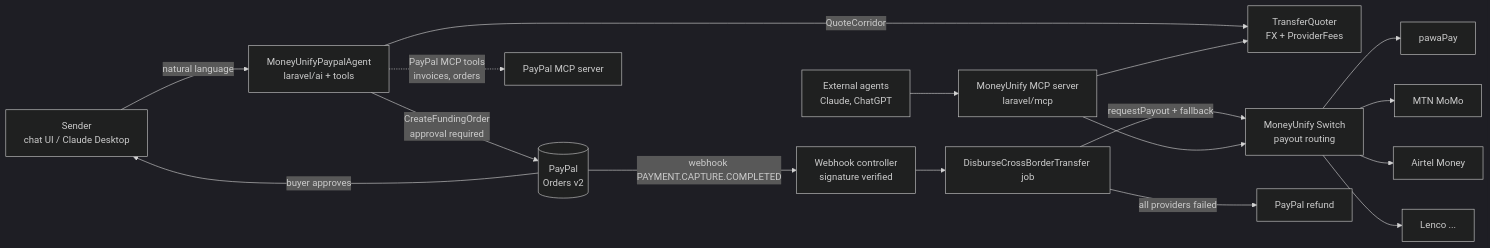
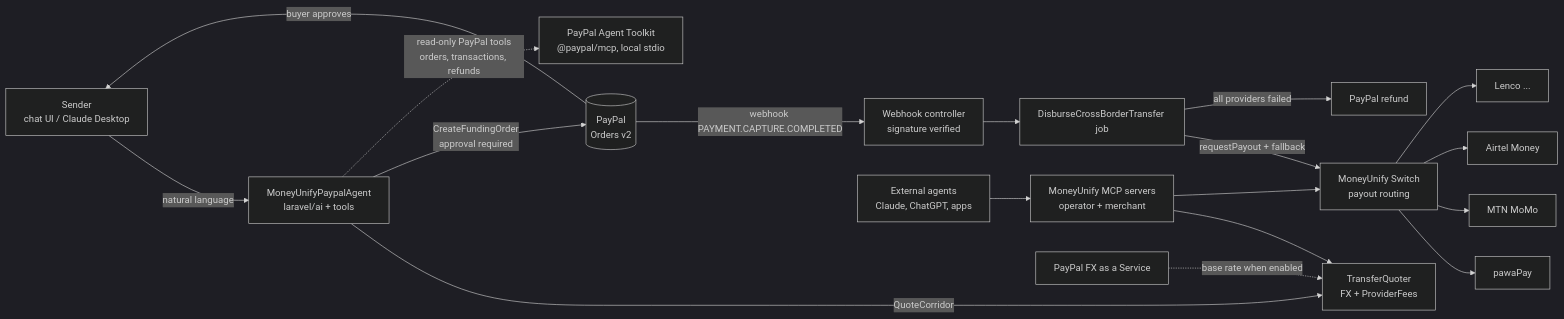
One commit to blessedjasonmwanza/mu-switch-paypal changed the diagram in IMPLEMENTATION_GUIDE.md. Above: the diagram before and after it, drawn with Mermaid (dark theme). The commit also changed other lines of this file and 1 other file, not shown here.

````diff
--- a/IMPLEMENTATION_GUIDE.md
+++ b/IMPLEMENTATION_GUIDE.md
@@ -35,15 +35,16 @@
 ```mermaid
 flowchart LR
     S[Sender<br/>chat UI / Claude Desktop] -->|natural language| A[MoneyUnifyPaypalAgent<br/>laravel/ai + tools]
     A -->|QuoteCorridor| Q[TransferQuoter<br/>FX + ProviderFees]
     A -->|CreateFundingOrder<br/>approval required| PP[(PayPal<br/>Orders v2)]
-    A -.->|PayPal MCP tools<br/>invoices, orders| PPM[PayPal MCP server]
+    A -.->|read-only PayPal tools<br/>orders, transactions, refunds| PPM[PayPal Agent Toolkit<br/>@paypal/mcp, local stdio]
     PP -->|buyer approves| S
     PP -->|webhook PAYMENT.CAPTURE.COMPLETED| W[Webhook controller<br/>signature verified]
     W --> J[DisburseCrossBorderTransfer job]
     J -->|requestPayout + fallback| SW[MoneyUnify Switch<br/>payout routing]
     SW --> P1[pawaPay] & P2[MTN MoMo] & P3[Airtel Money] & P4[Lenco ...]
     J -->|all providers failed| R[PayPal refund]
-    M[MoneyUnify MCP server<br/>laravel/mcp] --> Q & SW
-    X[External agents<br/>Claude, ChatGPT] --> M
+    M[MoneyUnify MCP servers<br/>operator + merchant] --> Q & SW
+    X[External agents<br/>Claude, ChatGPT, apps] --> M
+    FX[PayPal FX as a Service] -.->|base rate when enabled| Q
 ```
````
